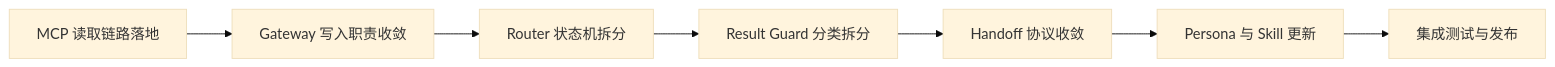
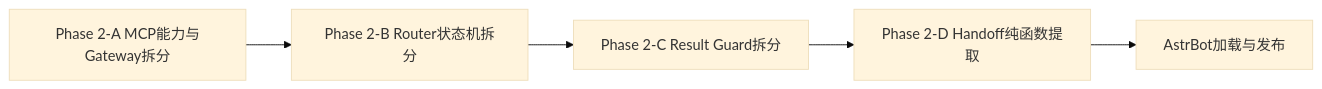
Before and after one commit to Ri0n72Y/ContractBotConfig: the first of 2 diagrams in docs/review/refactor-target.md, drawn with Mermaid (base theme). The commit also changed other lines of this file and 43 other files, not shown here.

First line of the commit message:
Phase 2-A: move OpenContracts reads to MCP and split upload gateway (#3)

````diff
--- a/docs/review/refactor-target.md
+++ b/docs/review/refactor-target.md
@@ -7,12 +5,10 @@
 ```mermaid
 flowchart LR
-    A[MCP 读取链路落地]
-    B[Gateway 写入职责收敛]
-    C[Router 状态机拆分]
-    D[Result Guard 分类拆分]
-    E[Handoff 协议收敛]
-    F[Persona 与 Skill 更新]
-    G[集成测试与发布]
+    A[Phase 2-A MCP能力与Gateway拆分]
+    B[Phase 2-B Router状态机拆分]
+    C[Phase 2-C Result Guard拆分]
+    D[Phase 2-D Handoff纯函数提取]
+    E[AstrBot加载与发布]
 
-    A --> B --> C --> D --> E --> F --> G
+    A --> B --> C --> D --> E
 ```
````
